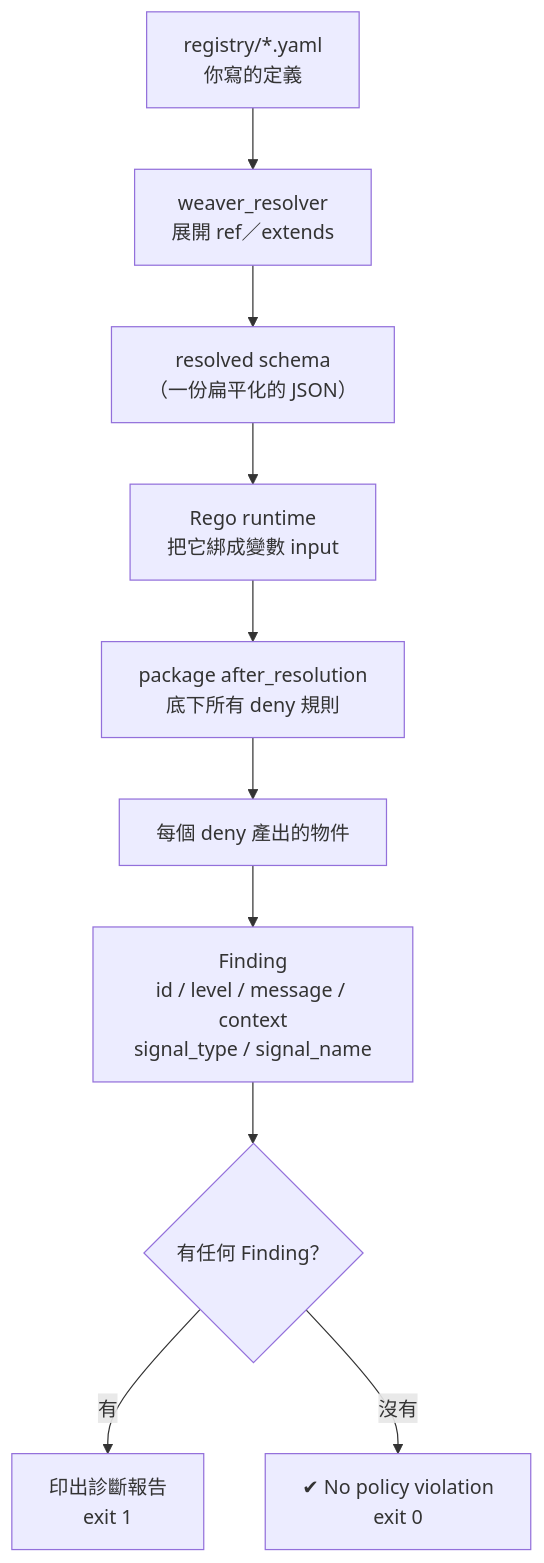
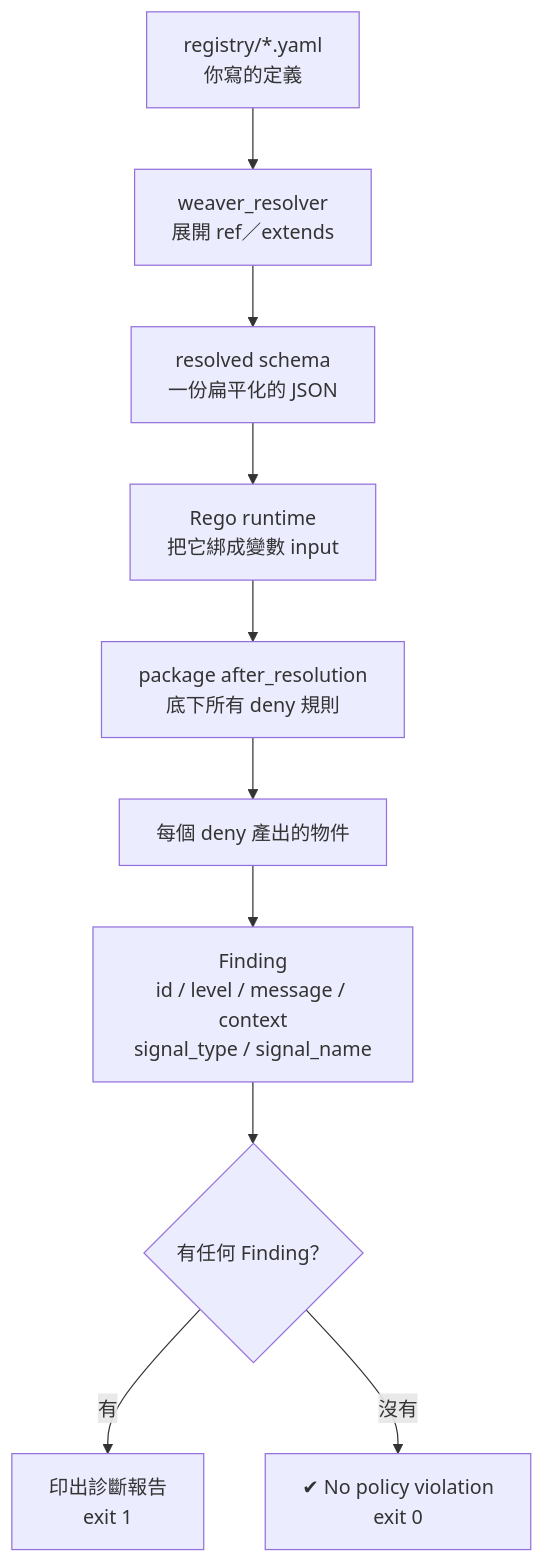
The first of 2 diagrams in weaver-demo/ironman-2026/day06.md (tedmax100/o11y-bench), drawn with Mermaid before and after one commit. The commit also changed other lines of this file, not shown here.

````diff
--- a/weaver-demo/ironman-2026/day06.md
+++ b/weaver-demo/ironman-2026/day06.md
@@ -34,12 +52,12 @@
 ```mermaid
 flowchart TB
     A["registry/*.yaml<br/>你寫的定義"] --> B["weaver_resolver<br/>展開 ref／extends"]
-    B --> C["resolved schema<br/>（一份扁平化的 JSON）"]
+    B --> C["resolved schema<br/>一份扁平化的 JSON"]
     C --> D["Rego runtime<br/>把它綁成變數 input"]
     D --> E["package after_resolution<br/>底下所有 deny 規則"]
     E --> F["每個 deny 產出的物件"]
     F --> G["Finding<br/>id / level / message / context<br/>signal_type / signal_name"]
     G --> H{"有任何 Finding？"}
     H -->|有| I["印出診斷報告<br/>exit 1"]
     H -->|沒有| J["✔ No policy violation<br/>exit 0"]
 ```
````
